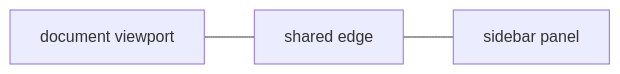
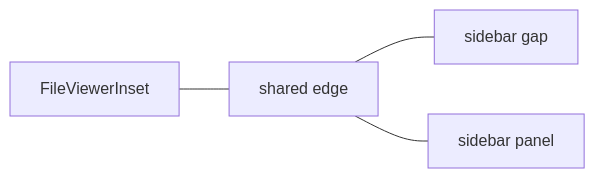
Before and after one commit to retab-dev/retab-ui: diagram 11 of 26 in design/universal-file-viewer-greenfield-blueprint.md, drawn with Mermaid. The commit also changed other lines of this file, not shown here.

Commit message:
update file viewer blueprint

````diff
--- a/design/universal-file-viewer-greenfield-blueprint.md
+++ b/design/universal-file-viewer-greenfield-blueprint.md
@@ -429,5 +446,6 @@
 ```mermaid
 flowchart LR
-  Document["document viewport"] --- Edge["shared edge"]
+  Inset["FileViewerInset"] --- Edge["shared edge"]
+  Edge --- Gap["sidebar gap"]
   Edge --- Sidebar["sidebar panel"]
 ```
````
